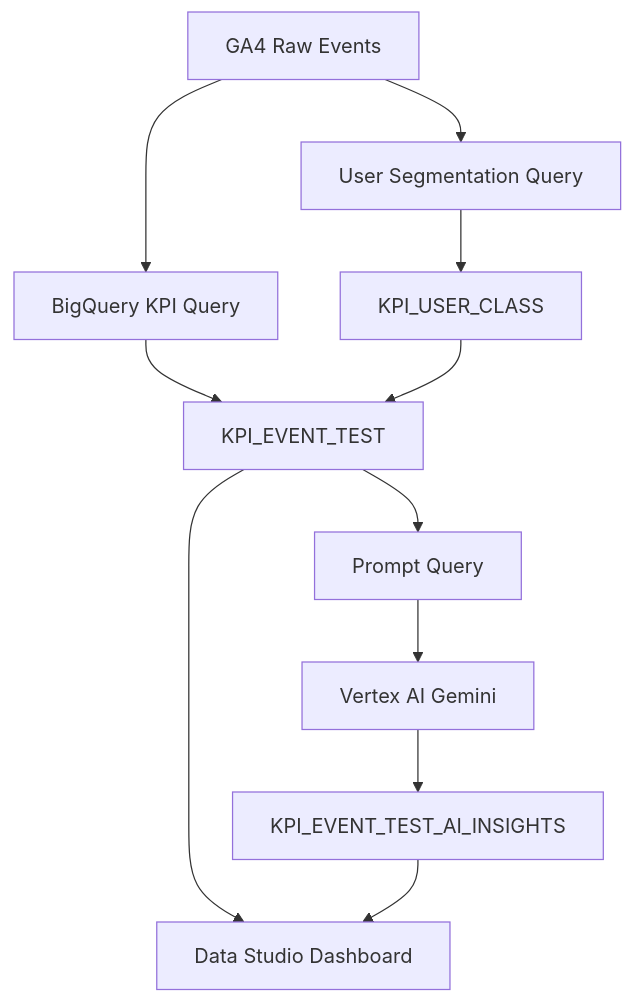
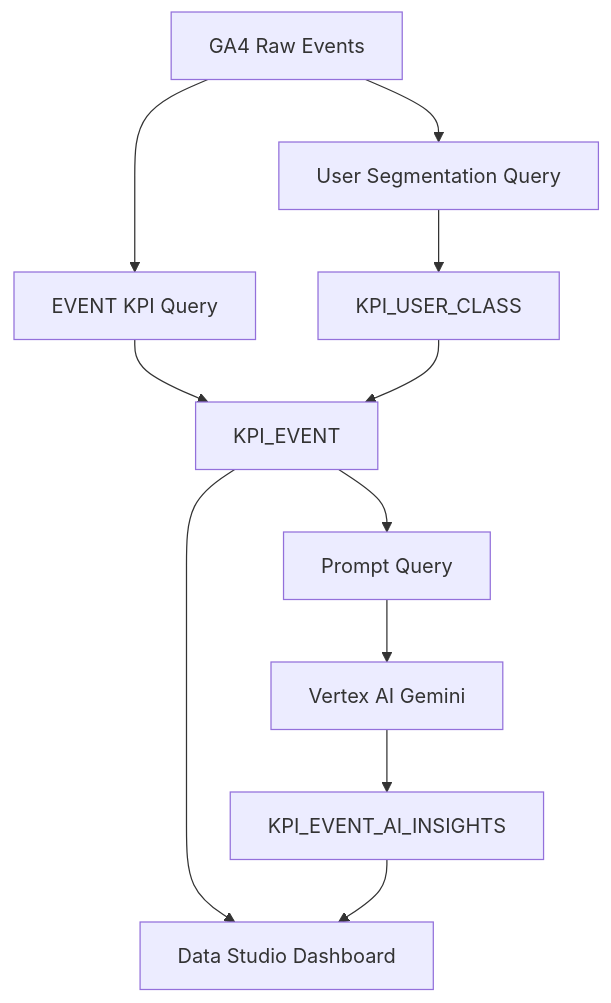
Before and after one commit to qkrwlfjddl/Marketing-KPI-AI-Insight: the diagram in README.md, drawn with Mermaid.

````diff
--- a/README.md
+++ b/README.md
@@ -56,16 +56,16 @@
 ```mermaid
 flowchart TD
-    A["GA4 Raw Events"] --> B["BigQuery KPI Query"]
-    B --> C["KPI_EVENT_TEST"]
+    A["GA4 Raw Events"] --> B["EVENT KPI Query"]
+    B --> C["KPI_EVENT"]
 
     A --> D["User Segmentation Query"]
     D --> E["KPI_USER_CLASS"]
     E --> C
 
     C --> F["Prompt Query"]
     F --> G["Vertex AI Gemini"]
-    G --> H["KPI_EVENT_TEST_AI_INSIGHTS"]
+    G --> H["KPI_EVENT_AI_INSIGHTS"]
 
     C --> I["Data Studio Dashboard"]
     H --> I
 ```
````
